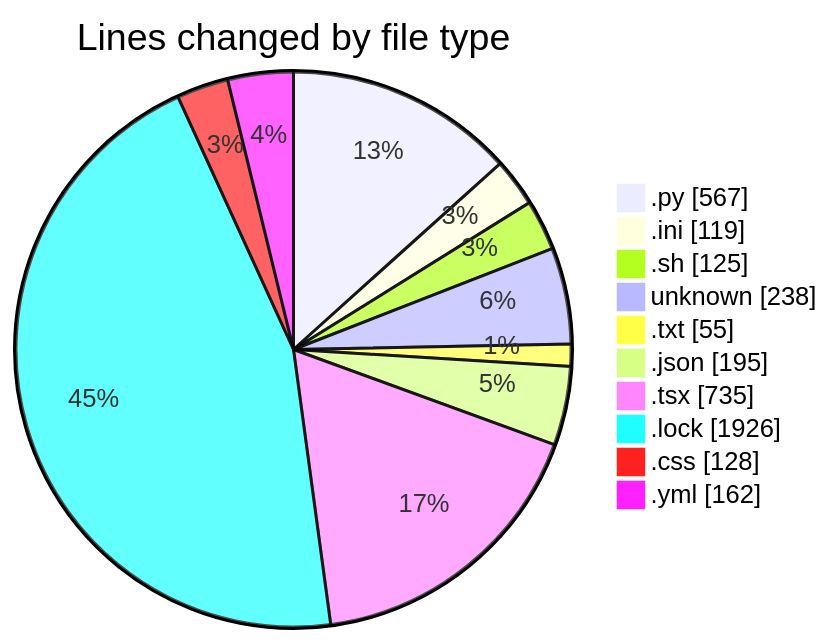
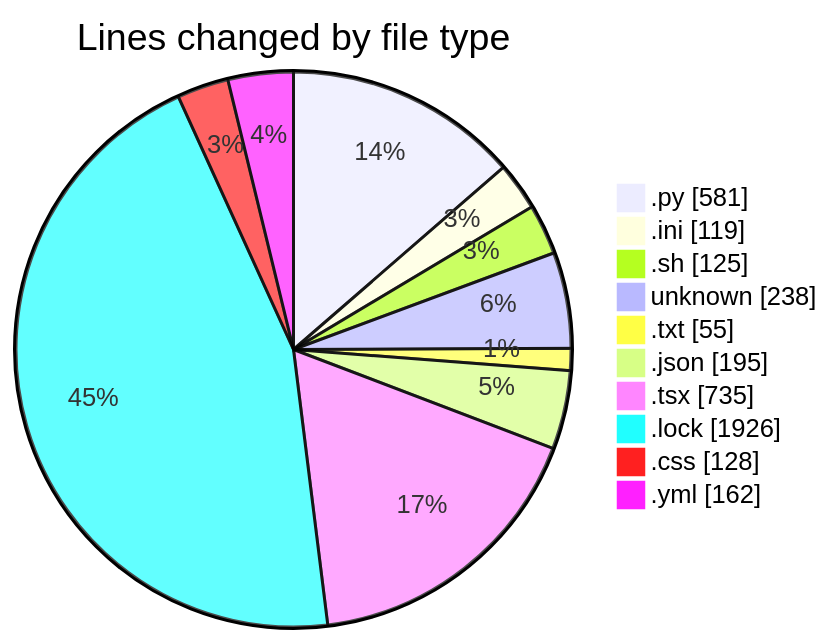
The first of 2 diagrams in 2025-05-12/niten/README.md (Elitesun/code-tracking), drawn with Mermaid before and after one commit. The commit also changed other lines of this file and 1 other file, not shown here.

````diff
--- a/2025-05-12/niten/README.md
+++ b/2025-05-12/niten/README.md
@@ -38,14 +38,14 @@
 ```mermaid
 pie showData
 title Lines changed by file type
-".py" : 567
+".py" : 581
 ".ini" : 119
 ".sh" : 125
 "unknown" : 238
 ".txt" : 55
 ".json" : 195
 ".tsx" : 735
 ".lock" : 1926
 ".css" : 128
 ".yml" : 162
 ```
````
